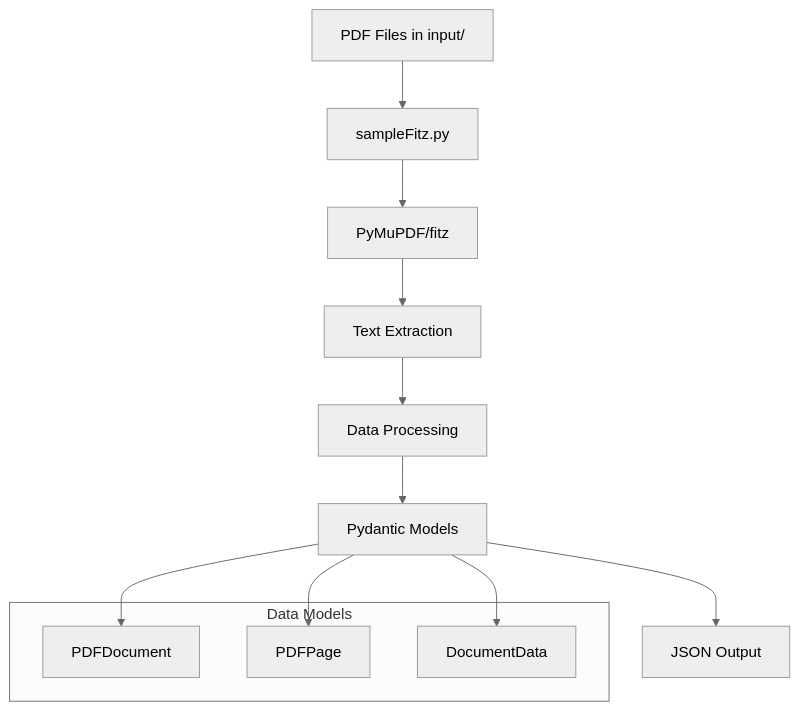
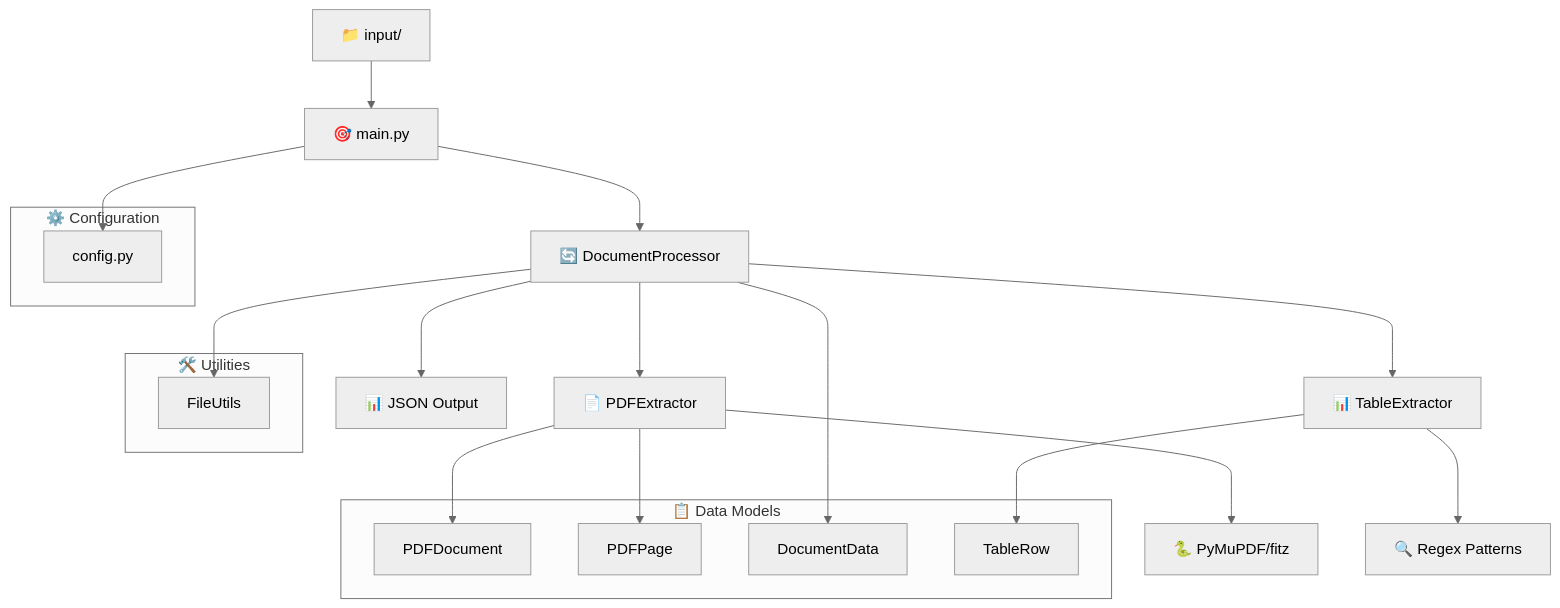
The first of 9 diagrams in README.md (jaynro/fitz-lab), drawn with Mermaid (neutral theme) before and after one commit. The commit also changed other lines of this file and 12 other files, not shown here.

````diff
--- a/README.md
+++ b/README.md
@@ -24,19 +24,32 @@
 ```mermaid
 graph TB
-    A[PDF Files in input/] --> B[sampleFitz.py]
-    B --> C[PyMuPDF/fitz]
-    C --> D[Text Extraction]
-    D --> E[Data Processing]
-    E --> F[Pydantic Models]
-    F --> G[JSON Output]
+    A[📁 input/] --> B[🎯 main.py]
+    B --> C[🔄 DocumentProcessor]
+    C --> D[📄 PDFExtractor]
+    C --> E[📊 TableExtractor]
+    D --> F[🐍 PyMuPDF/fitz]
+    E --> G[🔍 Regex Patterns]
     
-    subgraph "Data Models"
+    subgraph "📋 Data Models"
         H[PDFDocument]
         I[PDFPage] 
         J[DocumentData]
+        K[TableRow]
     end
     
-    F --> H
-    F --> I
-    F --> J
+    subgraph "⚙️ Configuration"
+        L[config.py]
+    end
+    
+    subgraph "🛠️ Utilities"
+        M[FileUtils]
+    end
+    
+    D --> H
+    D --> I
+    C --> J
+    E --> K
+    B --> L
+    C --> M
+    C --> N[📊 JSON Output]
 ```
````
